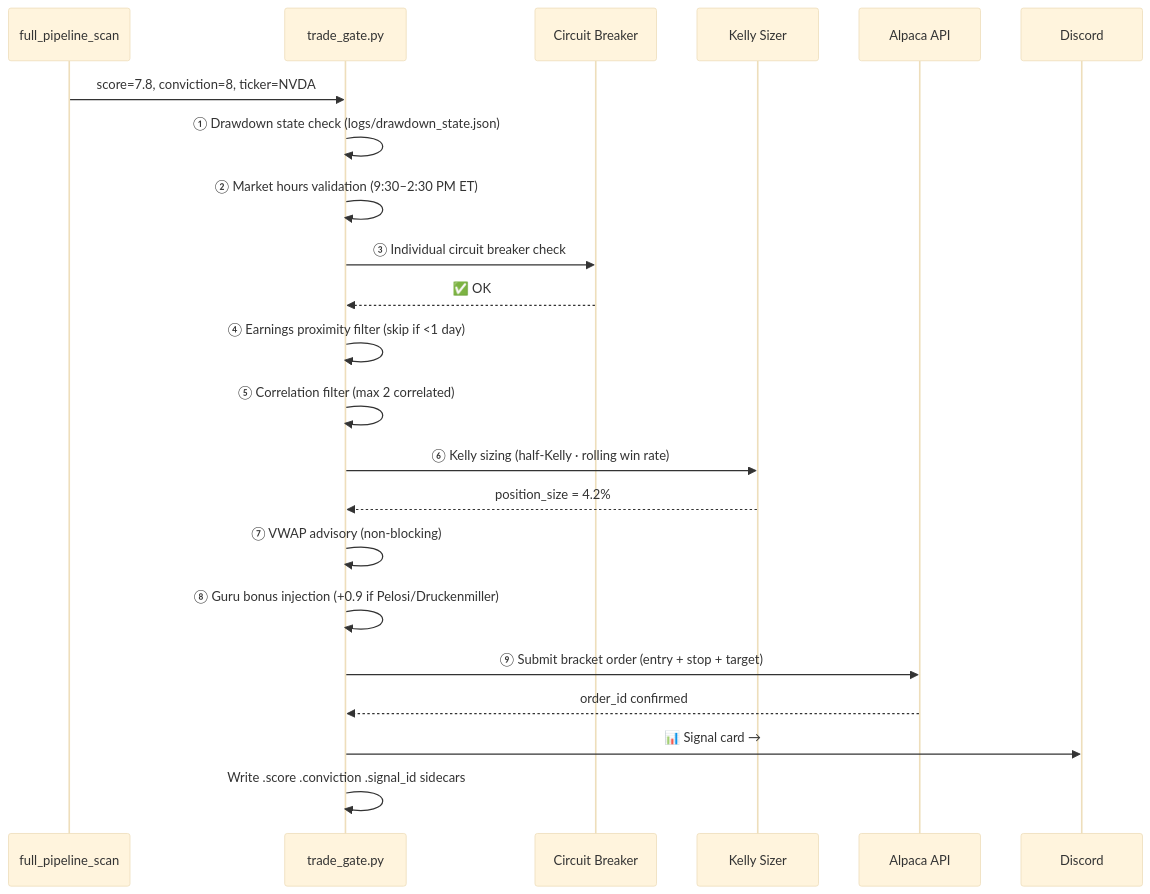
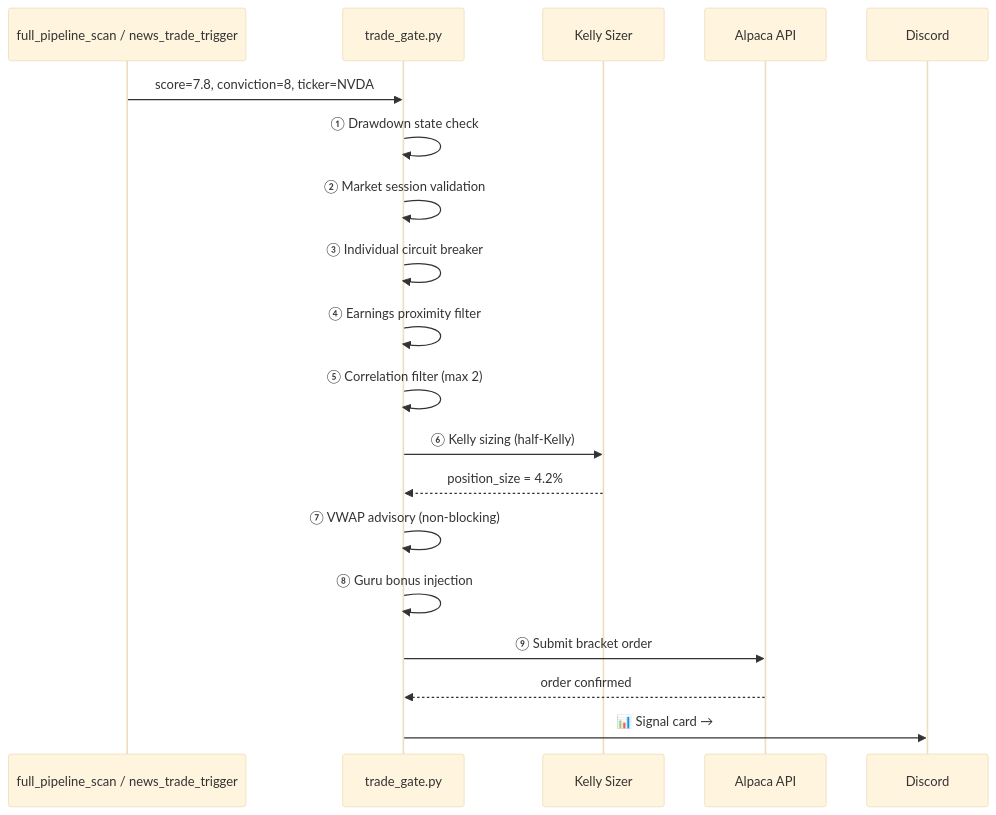
Before and after one commit to oabdelmaksoud/Pro-Trader-PLUGIN: the third of 5 diagrams in README.md, drawn with Mermaid (base theme). The commit also changed other lines of this file, not shown here.

````diff
--- a/README.md
+++ b/README.md
@@ -70,25 +115,22 @@
 ```mermaid
 sequenceDiagram
-    participant S as full_pipeline_scan
+    participant S as full_pipeline_scan / news_trade_trigger
     participant G as trade_gate.py
-    participant CB as Circuit Breaker
     participant K as Kelly Sizer
     participant A as Alpaca API
     participant D as Discord
 
     S->>G: score=7.8, conviction=8, ticker=NVDA
-    G->>G: ① Drawdown state check (logs/drawdown_state.json)
-    G->>G: ② Market hours validation (9:30–2:30 PM ET)
-    G->>CB: ③ Individual circuit breaker check
-    CB-->>G: ✅ OK
-    G->>G: ④ Earnings proximity filter (skip if <1 day)
-    G->>G: ⑤ Correlation filter (max 2 correlated)
-    G->>K: ⑥ Kelly sizing (half-Kelly · rolling win rate)
+    G->>G: ① Drawdown state check
+    G->>G: ② Market session validation
+    G->>G: ③ Individual circuit breaker
+    G->>G: ④ Earnings proximity filter
+    G->>G: ⑤ Correlation filter (max 2)
+    G->>K: ⑥ Kelly sizing (half-Kelly)
     K-->>G: position_size = 4.2%
     G->>G: ⑦ VWAP advisory (non-blocking)
-    G->>G: ⑧ Guru bonus injection (+0.9 if Pelosi/Druckenmiller)
-    G->>A: ⑨ Submit bracket order (entry + stop + target)
-    A-->>G: order_id confirmed
+    G->>G: ⑧ Guru bonus injection
+    G->>A: ⑨ Submit bracket order
+    A-->>G: order confirmed
     G->>D: 📊 Signal card → #paper-trades
-    G->>G: Write .score .conviction .signal_id sidecars
 ```
````
